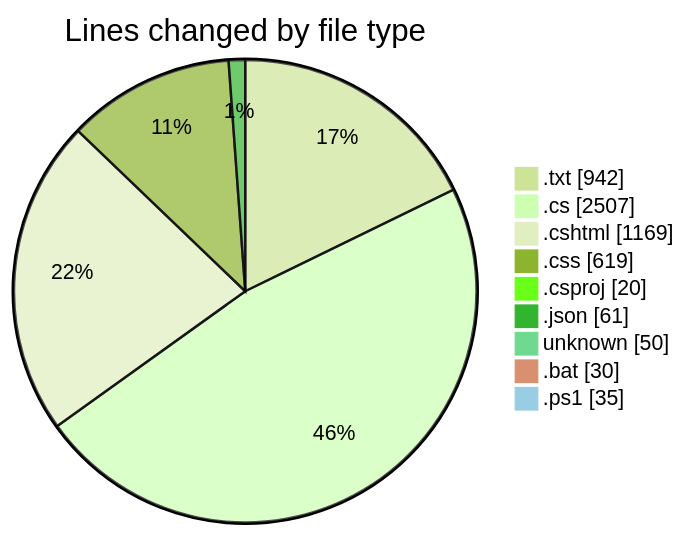
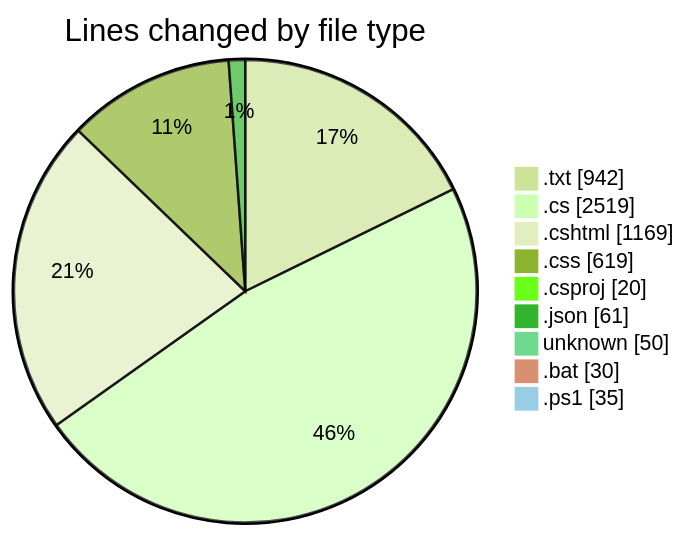
One commit to lephambinh05/code-tracking changed the first of 2 diagrams in 2025-07-26/quanlyrapchieuphim-1/README.md. Above: the diagram before and after it, drawn with Mermaid (forest theme). The commit also changed other lines of this file and 1 other file, not shown here.

````diff
--- a/2025-07-26/quanlyrapchieuphim-1/README.md
+++ b/2025-07-26/quanlyrapchieuphim-1/README.md
@@ -37,13 +37,13 @@
 ```mermaid
 pie showData
 title Lines changed by file type
 ".txt" : 942
-".cs" : 2507
+".cs" : 2519
 ".cshtml" : 1169
 ".css" : 619
 ".csproj" : 20
 ".json" : 61
 "unknown" : 50
 ".bat" : 30
 ".ps1" : 35
 ```
````
